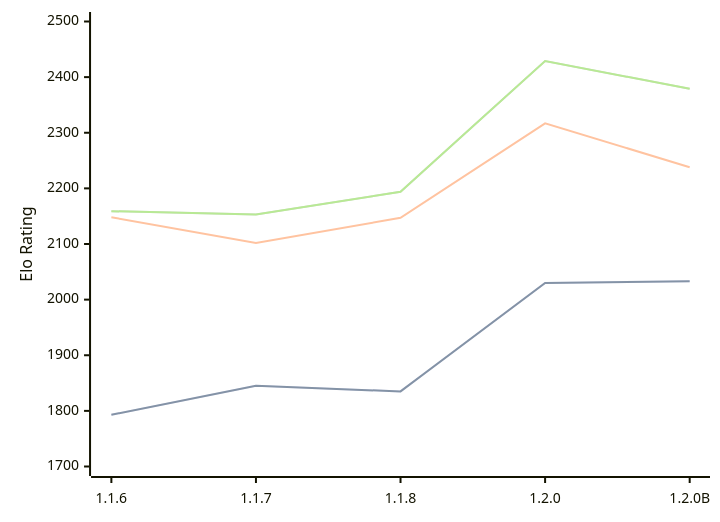
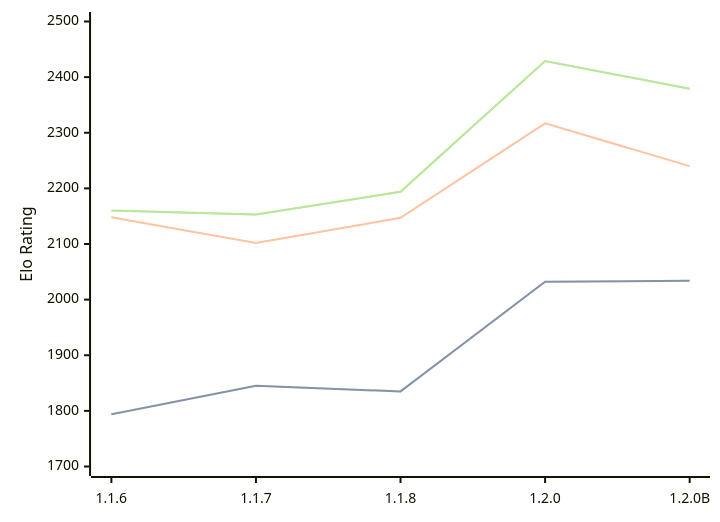
Before and after one commit to computer-chess-index/cci: the diagram in engines/Soomi.md, drawn with Mermaid. The commit also changed other lines of this file, not shown here.

Commit message:
Update CCI Ratings (ELO VLTC) - 2026-09-06

````diff
--- a/engines/Soomi.md
+++ b/engines/Soomi.md
@@ -35,11 +35,11 @@
 ```mermaid
 %%{init: {"theme":"base","themeVariables":{"seriesColors:['#a3a3a3','#222221','#faa371']}}}%%
 xychart-beta
   x-axis ["1.1.6", "1.1.7", "1.1.8", "1.2.0", "1.2.0B"]
   y-axis "Elo Rating" 1700 --> 2500
-  line "" [1793, 1845, 1835, 2030, 2033]
-  line "STC (8.0+0.08s)" [1793, 1845, 1835, 2030, 2033]
-  line "LTC (60.0+0.60s)" [2148, 2102, 2147, 2317, 2238]
-  line "" [2159, 2153, 2194, 2429, 2379]
-  line "VLTC (2m24s+1.12s)" [2159, 2153, 2194, 2429, 2379]
+  line "" [1794, 1845, 1835, 2032, 2034]
+  line "STC (8.0+0.08s)" [1794, 1845, 1835, 2032, 2034]
+  line "LTC (60.0+0.60s)" [2148, 2102, 2147, 2317, 2240]
+  line "" [2160, 2153, 2194, 2429, 2379]
+  line "VLTC (2m24s+1.12s)" [2160, 2153, 2194, 2429, 2379]
 ```
````
